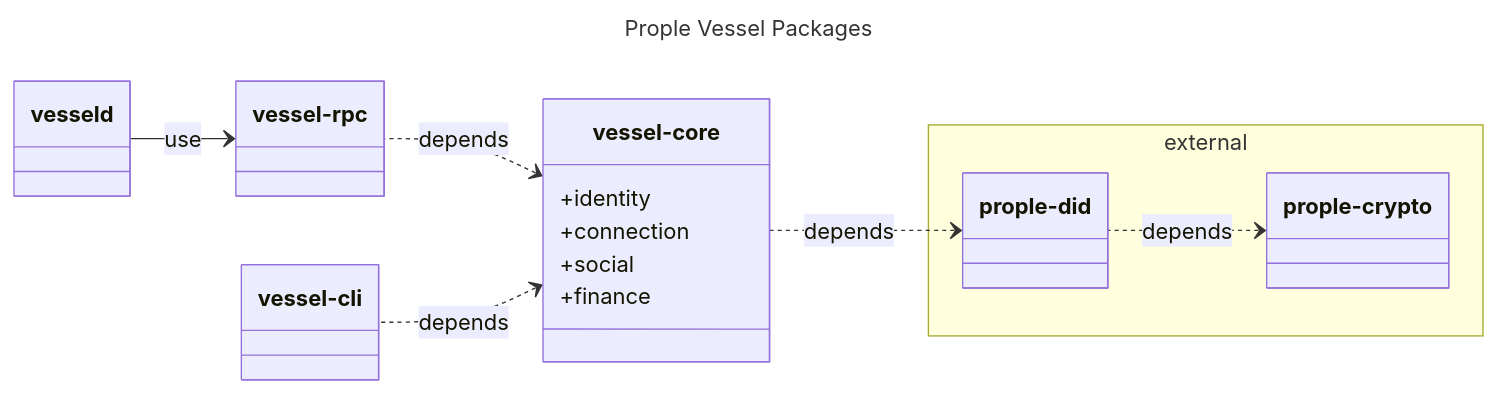
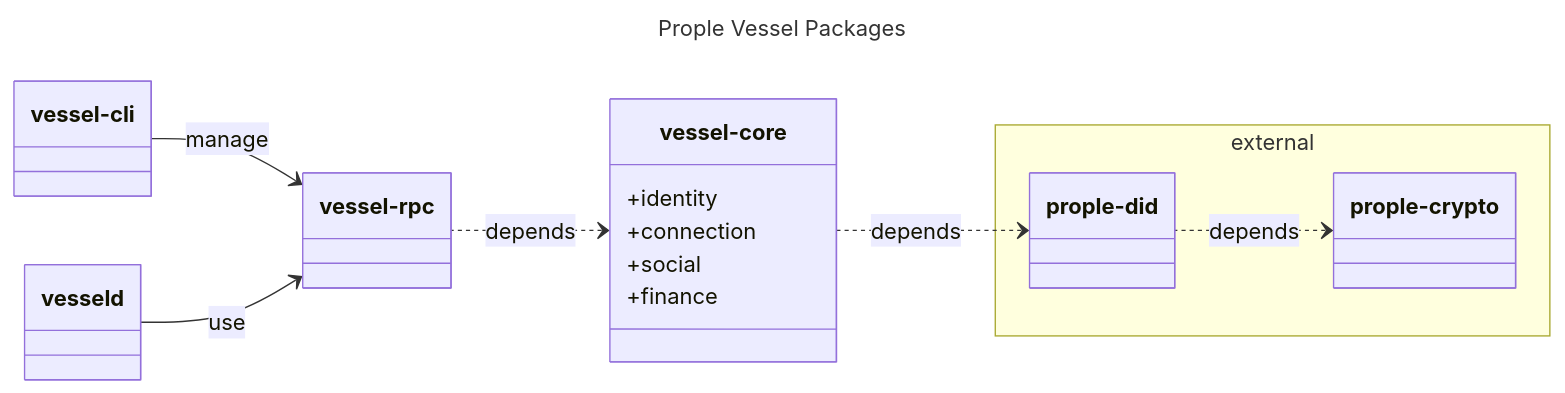
One commit to prople/paper changed the diagram in the-prople-paper/v1.0.0/architecture.md. Above: the diagram before and after it, drawn with Mermaid.

Commit message:
refactor(the-prople-paper): update architecture, cryptography

````diff
--- a/the-prople-paper/v1.0.0/architecture.md
+++ b/the-prople-paper/v1.0.0/architecture.md
@@ -30,25 +30,25 @@
 ```mermaid
 ---
 title: Prople Vessel Packages 
 ---
 classDiagram
     direction RL
 
     class vessel-core
     vessel-core: +identity
     vessel-core: +connection
     vessel-core: +social
     vessel-core: +finance
 
     namespace external {
         class prople-did
         class prople-crypto
     }
 
     vessel-core <.. vessel-rpc : depends    
-    vessel-core <.. vessel-cli : depends
+    vessel-rpc <-- vessel-cli : manage 
     vessel-rpc <-- vesseld : use
 
     prople-did <.. vessel-core : depends
     prople-crypto <.. prople-did : depends
 ```
````
